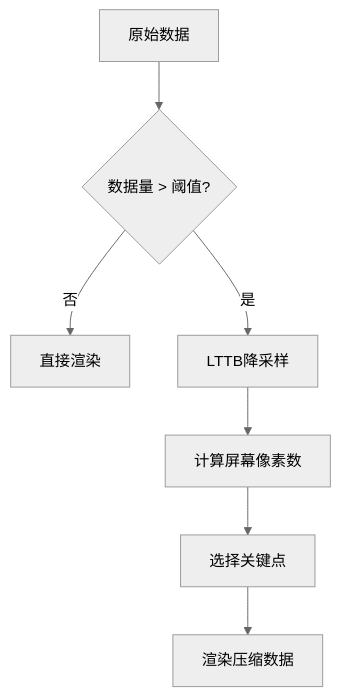
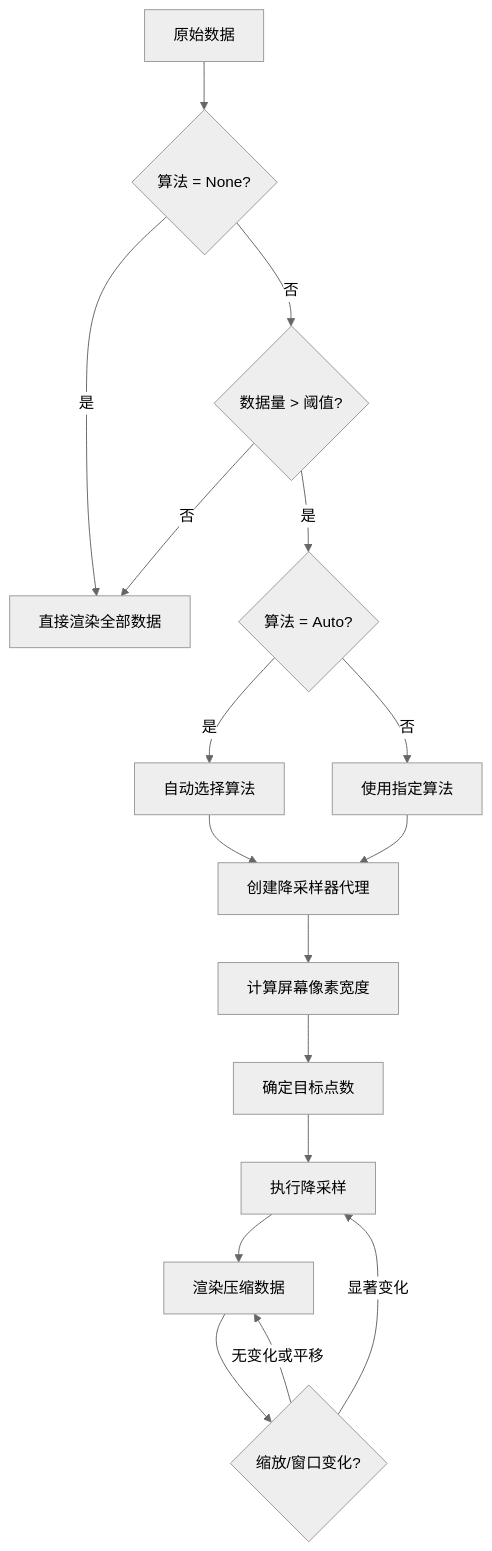
The diagram in docs/zh/plot2d/downsampling.md (czyt1988/QIm), drawn with Mermaid (neutral theme) before and after one commit. The commit also changed other lines of this file and 8 other files, not shown here.

````diff
--- a/docs/zh/plot2d/downsampling.md
+++ b/docs/zh/plot2d/downsampling.md
@@ -28,9 +39,19 @@
 ```mermaid
 flowchart TD
-    A[原始数据] --> B{数据量 > 阈值?}
-    B -->|否| C[直接渲染]
-    B -->|是| D[LTTB降采样]
-    D --> E[计算屏幕像素数]
-    E --> F[选择关键点]
-    F --> G[渲染压缩数据]
+    A[原始数据] --> B{算法 = None?}
+    B -->|是| C[直接渲染全部数据]
+    B -->|否| D{数据量 > 阈值?}
+    D -->|否| C
+    D -->|是| E{算法 = Auto?}
+    E -->|是| F[自动选择算法]
+    E -->|否| G[使用指定算法]
+    F --> H[创建降采样器代理]
+    G --> H
+    H --> I[计算屏幕像素宽度]
+    I --> J[确定目标点数]
+    J --> K[执行降采样]
+    K --> L[渲染压缩数据]
+    L --> M{缩放/窗口变化?}
+    M -->|显著变化| K
+    M -->|无变化或平移| L
 ```
````
